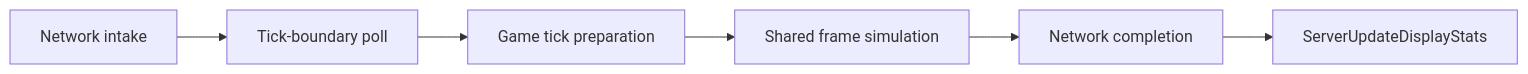
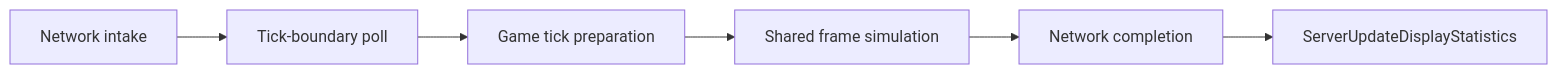
Before and after one commit to DougTanner/BrokenEngine: the fifth of 8 diagrams in Documents/Architecture/FrameUpdatePipeline.md, drawn with Mermaid. The commit also changed other lines of this file and 328 other files, not shown here.

````diff
--- a/Documents/Architecture/FrameUpdatePipeline.md
+++ b/Documents/Architecture/FrameUpdatePipeline.md
@@ -49,6 +49,6 @@
 ```mermaid
 %%{init: {'theme': 'default'}}%%
 flowchart LR
     intake["Network intake"] --> boundary["Tick-boundary poll"] --> prepare["Game tick preparation"] --> simulation["Shared frame simulation"] --> completion["Network completion"]
-    completion --> display["ServerUpdateDisplayStats"]
+    completion --> display["ServerUpdateDisplayStatistics"]
 ```
````
